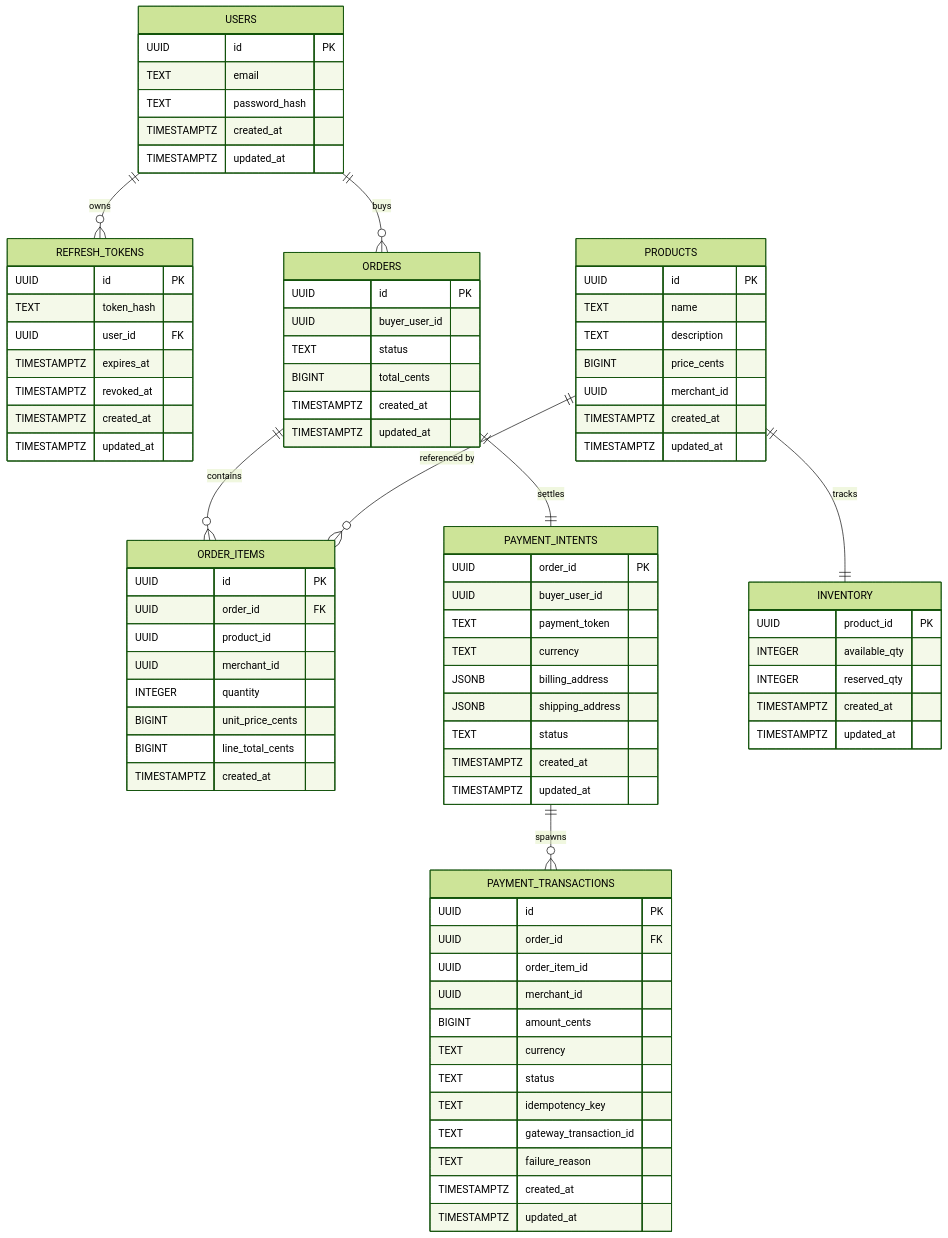
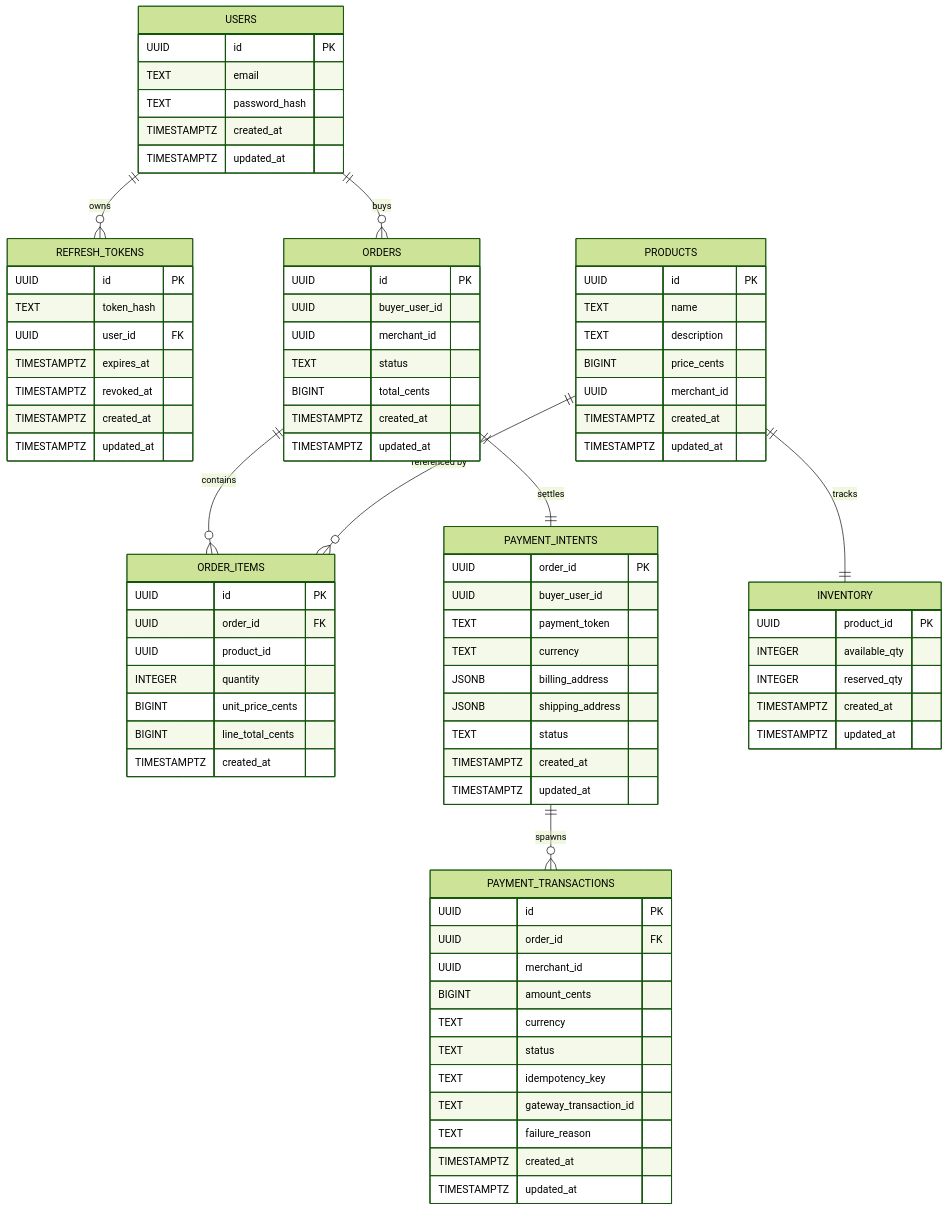
One commit to phuchoang2603/refurbished-marketplace changed the second of 2 diagrams in README.md. Above: the diagram before and after it, drawn with Mermaid (forest theme). The commit also changed other lines of this file and 8 other files, not shown here.

First line of the commit message:
docs: document merchant-scoped order and payment flow

```diff
--- a/README.md
+++ b/README.md
@@ -71,6 +78,7 @@
   ORDERS {
     UUID id PK
     UUID buyer_user_id
+    UUID merchant_id
     TEXT status
     BIGINT total_cents
     TIMESTAMPTZ created_at
@@ -81,7 +89,6 @@
     UUID id PK
     UUID order_id FK
     UUID product_id
-    UUID merchant_id
     INTEGER quantity
     BIGINT unit_price_cents
     BIGINT line_total_cents
@@ -103,7 +110,6 @@
   PAYMENT_TRANSACTIONS {
     UUID id PK
     UUID order_id FK
-    UUID order_item_id
     UUID merchant_id
     BIGINT amount_cents
     TEXT currency
```
